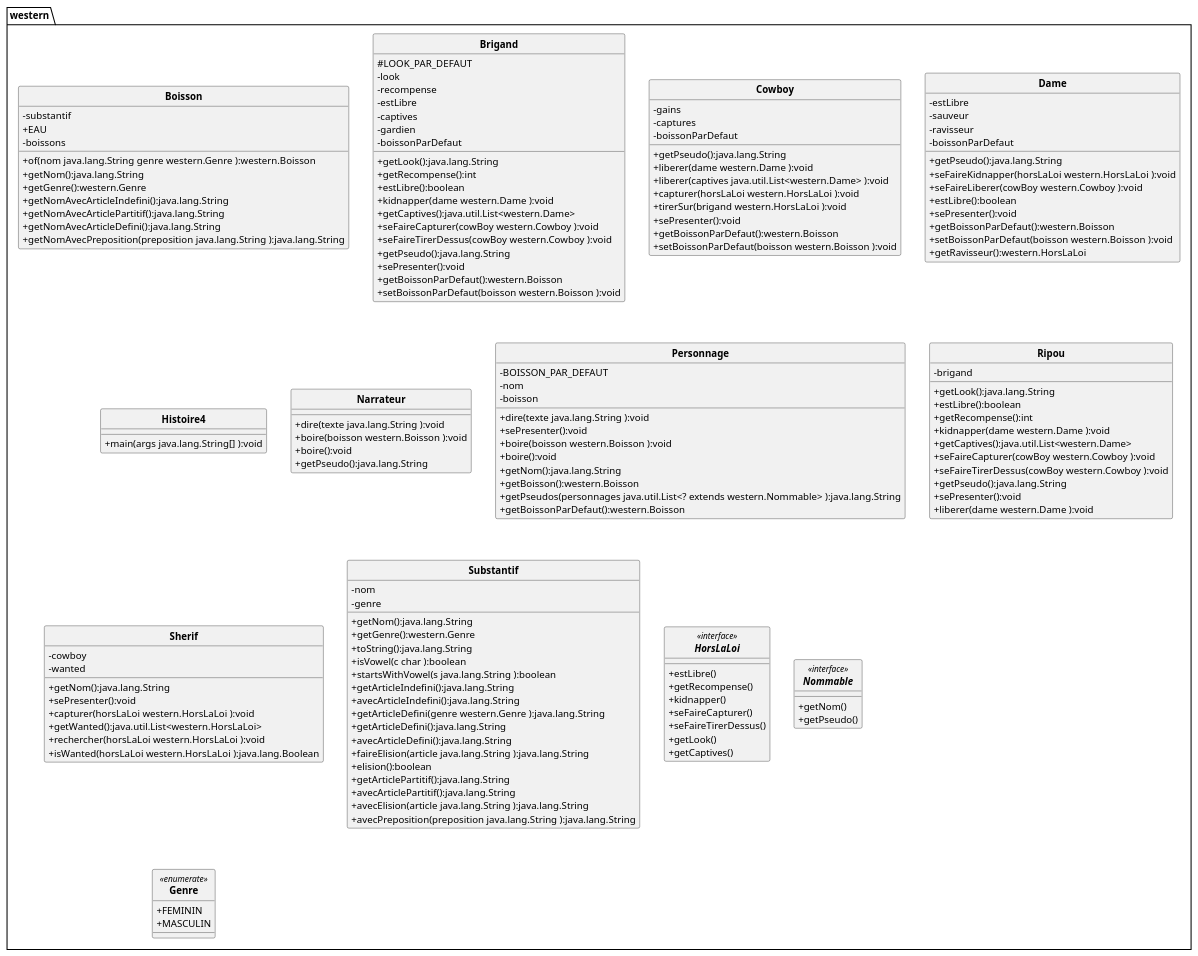
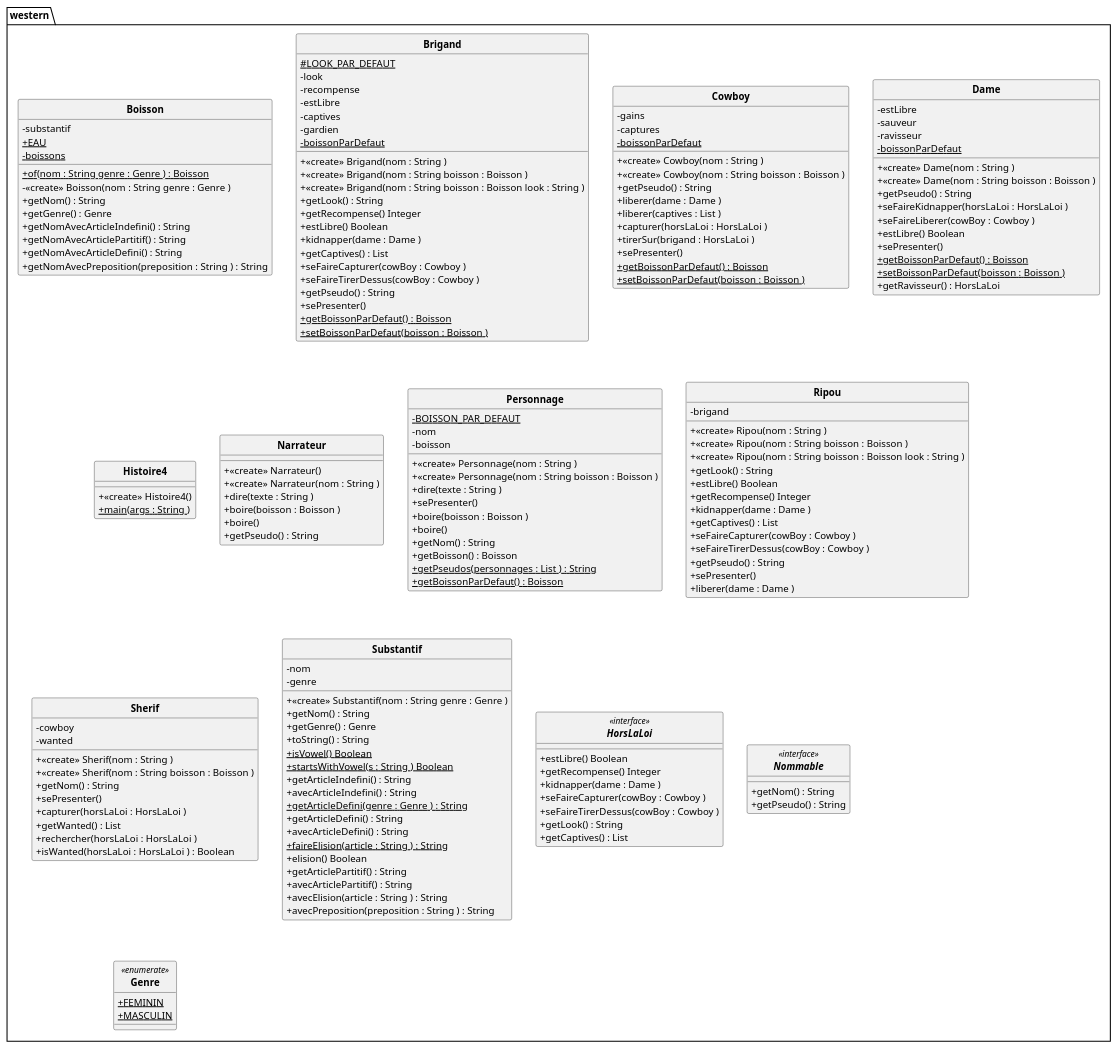
Before and after one commit to raphelSct/PUMLFromJavaAPI: the diagram in uml/westernDCC.puml, drawn with PlantUML. The commit also changed 17 other files, not shown here.

```diff
--- a/uml/westernDCC.puml
+++ b/uml/westernDCC.puml
@@ -1,161 +1,180 @@
 @startuml
 skinparam style strictuml
 skinparam classFontStyle Bold
 skinparam classAttributeIconSize 0
 package western{
-class Boisson {
+class Boisson { 
   - substantif
-  + EAU
-  - boissons
-  + of(nom java.lang.String genre western.Genre ):western.Boisson
-  + getNom():java.lang.String
-  + getGenre():western.Genre
-  + getNomAvecArticleIndefini():java.lang.String
-  + getNomAvecArticlePartitif():java.lang.String
-  + getNomAvecArticleDefini():java.lang.String
-  + getNomAvecPreposition(preposition java.lang.String ):java.lang.String
+  +{static} EAU
+  -{static} boissons
+  +{static} of(nom : String genre : Genre ) : Boisson
+  - <<create>> Boisson(nom : String genre : Genre ) 
+  + getNom() : String
+  + getGenre() : Genre
+  + getNomAvecArticleIndefini() : String
+  + getNomAvecArticlePartitif() : String
+  + getNomAvecArticleDefini() : String
+  + getNomAvecPreposition(preposition : String ) : String
 }
 
-class Brigand {
-  # LOOK_PAR_DEFAUT
+class Brigand { 
+  #{static} LOOK_PAR_DEFAUT
   - look
   - recompense
   - estLibre
   - captives
   - gardien
-  + getLook():java.lang.String
-  + getRecompense():int
-  + estLibre():boolean
-  + kidnapper(dame western.Dame ):void
-  + getCaptives():java.util.List<western.Dame>
-  + seFaireCapturer(cowBoy western.Cowboy ):void
-  + seFaireTirerDessus(cowBoy western.Cowboy ):void
-  + getPseudo():java.lang.String
-  + sePresenter():void
-  - boissonParDefaut
-  + getBoissonParDefaut():western.Boisson
-  + setBoissonParDefaut(boisson western.Boisson ):void
+  + <<create>> Brigand(nom : String ) 
+  + <<create>> Brigand(nom : String boisson : Boisson ) 
+  + <<create>> Brigand(nom : String boisson : Boisson look : String ) 
+  + getLook() : String
+  + getRecompense() Integer
+  + estLibre() Boolean
+  + kidnapper(dame : Dame ) 
+  + getCaptives() : List
+  + seFaireCapturer(cowBoy : Cowboy ) 
+  + seFaireTirerDessus(cowBoy : Cowboy ) 
+  + getPseudo() : String
+  + sePresenter() 
+  -{static} boissonParDefaut
+  +{static} getBoissonParDefaut() : Boisson
+  +{static} setBoissonParDefaut(boisson : Boisson ) 
 }
 
-class Cowboy {
+class Cowboy { 
   - gains
   - captures
-  + getPseudo():java.lang.String
-  + liberer(dame western.Dame ):void
-  + liberer(captives java.util.List<western.Dame> ):void
-  + capturer(horsLaLoi western.HorsLaLoi ):void
-  + tirerSur(brigand western.HorsLaLoi ):void
-  + sePresenter():void
-  - boissonParDefaut
-  + getBoissonParDefaut():western.Boisson
-  + setBoissonParDefaut(boisson western.Boisson ):void
+  + <<create>> Cowboy(nom : String ) 
+  + <<create>> Cowboy(nom : String boisson : Boisson ) 
+  + getPseudo() : String
+  + liberer(dame : Dame ) 
+  + liberer(captives : List ) 
+  + capturer(horsLaLoi : HorsLaLoi ) 
+  + tirerSur(brigand : HorsLaLoi ) 
+  + sePresenter() 
+  -{static} boissonParDefaut
+  +{static} getBoissonParDefaut() : Boisson
+  +{static} setBoissonParDefaut(boisson : Boisson ) 
 }
 
-class Dame {
+class Dame { 
   - estLibre
   - sauveur
   - ravisseur
-  + getPseudo():java.lang.String
-  + seFaireKidnapper(horsLaLoi western.HorsLaLoi ):void
-  + seFaireLiberer(cowBoy western.Cowboy ):void
-  + estLibre():boolean
-  + sePresenter():void
-  - boissonParDefaut
-  + getBoissonParDefaut():western.Boisson
-  + setBoissonParDefaut(boisson western.Boisson ):void
-  + getRavisseur():western.HorsLaLoi
+  + <<create>> Dame(nom : String ) 
+  + <<create>> Dame(nom : String boisson : Boisson ) 
+  + getPseudo() : String
+  + seFaireKidnapper(horsLaLoi : HorsLaLoi ) 
+  + seFaireLiberer(cowBoy : Cowboy ) 
+  + estLibre() Boolean
+  + sePresenter() 
+  -{static} boissonParDefaut
+  +{static} getBoissonParDefaut() : Boisson
+  +{static} setBoissonParDefaut(boisson : Boisson ) 
+  + getRavisseur() : HorsLaLoi
 }
 
-class Histoire4 {
-  + main(args java.lang.String[] ):void
+class Histoire4 { 
+  + <<create>> Histoire4() 
+  +{static} main(args : String ) 
 }
 
-class Narrateur {
-  + dire(texte java.lang.String ):void
-  + boire(boisson western.Boisson ):void
-  + boire():void
-  + getPseudo():java.lang.String
+class Narrateur { 
+  + <<create>> Narrateur() 
+  + <<create>> Narrateur(nom : String ) 
+  + dire(texte : String ) 
+  + boire(boisson : Boisson ) 
+  + boire() 
+  + getPseudo() : String
 }
 
-class Personnage {
-  - BOISSON_PAR_DEFAUT
+class Personnage { 
+  -{static} BOISSON_PAR_DEFAUT
   - nom
   - boisson
-  + dire(texte java.lang.String ):void
-  + sePresenter():void
-  + boire(boisson western.Boisson ):void
-  + boire():void
-  + getNom():java.lang.String
-  + getBoisson():western.Boisson
-  + getPseudos(personnages java.util.List<? extends western.Nommable> ):java.lang.String
-  + getBoissonParDefaut():western.Boisson
+  + <<create>> Personnage(nom : String ) 
+  + <<create>> Personnage(nom : String boisson : Boisson ) 
+  + dire(texte : String ) 
+  + sePresenter() 
+  + boire(boisson : Boisson ) 
+  + boire() 
+  + getNom() : String
+  + getBoisson() : Boisson
+  +{static} getPseudos(personnages : List ) : String
+  +{static} getBoissonParDefaut() : Boisson
 }
 
-class Ripou {
+class Ripou { 
   - brigand
-  + getLook():java.lang.String
-  + estLibre():boolean
-  + getRecompense():int
-  + kidnapper(dame western.Dame ):void
-  + getCaptives():java.util.List<western.Dame>
-  + seFaireCapturer(cowBoy western.Cowboy ):void
-  + seFaireTirerDessus(cowBoy western.Cowboy ):void
-  + getPseudo():java.lang.String
-  + sePresenter():void
-  + liberer(dame western.Dame ):void
+  + <<create>> Ripou(nom : String ) 
+  + <<create>> Ripou(nom : String boisson : Boisson ) 
+  + <<create>> Ripou(nom : String boisson : Boisson look : String ) 
+  + getLook() : String
+  + estLibre() Boolean
+  + getRecompense() Integer
+  + kidnapper(dame : Dame ) 
+  + getCaptives() : List
+  + seFaireCapturer(cowBoy : Cowboy ) 
+  + seFaireTirerDessus(cowBoy : Cowboy ) 
+  + getPseudo() : String
+  + sePresenter() 
+  + liberer(dame : Dame ) 
 }
 
-class Sherif {
+class Sherif { 
   - cowboy
   - wanted
-  + getNom():java.lang.String
-  + sePresenter():void
-  + capturer(horsLaLoi western.HorsLaLoi ):void
-  + getWanted():java.util.List<western.HorsLaLoi>
-  + rechercher(horsLaLoi western.HorsLaLoi ):void
-  + isWanted(horsLaLoi western.HorsLaLoi ):java.lang.Boolean
+  + <<create>> Sherif(nom : String ) 
+  + <<create>> Sherif(nom : String boisson : Boisson ) 
+  + getNom() : String
+  + sePresenter() 
+  + capturer(horsLaLoi : HorsLaLoi ) 
+  + getWanted() : List
+  + rechercher(horsLaLoi : HorsLaLoi ) 
+  + isWanted(horsLaLoi : HorsLaLoi ) : Boolean
 }
 
-class Substantif {
+class Substantif { 
   - nom
   - genre
-  + getNom():java.lang.String
-  + getGenre():western.Genre
-  + toString():java.lang.String
-  + isVowel(c char ):boolean
-  + startsWithVowel(s java.lang.String ):boolean
-  + getArticleIndefini():java.lang.String
-  + avecArticleIndefini():java.lang.String
-  + getArticleDefini(genre western.Genre ):java.lang.String
-  + getArticleDefini():java.lang.String
-  + avecArticleDefini():java.lang.String
-  + faireElision(article java.lang.String ):java.lang.String
-  + elision():boolean
-  + getArticlePartitif():java.lang.String
-  + avecArticlePartitif():java.lang.String
-  + avecElision(article java.lang.String ):java.lang.String
-  + avecPreposition(preposition java.lang.String ):java.lang.String
+  + <<create>> Substantif(nom : String genre : Genre ) 
+  + getNom() : String
+  + getGenre() : Genre
+  + toString() : String
+  +{static} isVowel() Boolean
+  +{static} startsWithVowel(s : String ) Boolean
+  + getArticleIndefini() : String
+  + avecArticleIndefini() : String
+  +{static} getArticleDefini(genre : Genre ) : String
+  + getArticleDefini() : String
+  + avecArticleDefini() : String
+  +{static} faireElision(article : String ) : String
+  + elision() Boolean
+  + getArticlePartitif() : String
+  + avecArticlePartitif() : String
+  + avecElision(article : String ) : String
+  + avecPreposition(preposition : String ) : String
 }
 
 interface HorsLaLoi <<interface>> {
-  + estLibre()
-  + getRecompense()
-  + kidnapper()
-  + seFaireCapturer()
-  + seFaireTirerDessus()
-  + getLook()
-  + getCaptives()
+  +  estLibre() Boolean
+  +  getRecompense() Integer
+  +  kidnapper(dame : Dame ) 
+  +  seFaireCapturer(cowBoy : Cowboy ) 
+  +  seFaireTirerDessus(cowBoy : Cowboy ) 
+  +  getLook() : String
+  +  getCaptives() : List
 }
 
 interface Nommable <<interface>> {
-  + getNom()
-  + getPseudo()
+  +  getNom() : String
+  +  getPseudo() : String
 }
 
 enum Genre <<enumerate>> {
-  + FEMININ
-  + MASCULIN
+  +{static} FEMININ
+  +{static} MASCULIN
 }
 
 }
 @enduml
```
